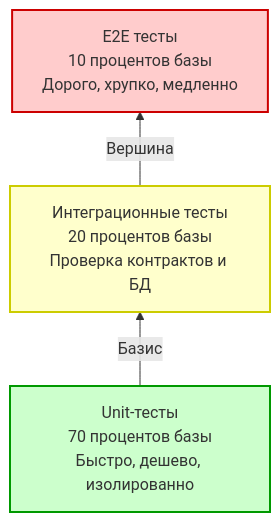
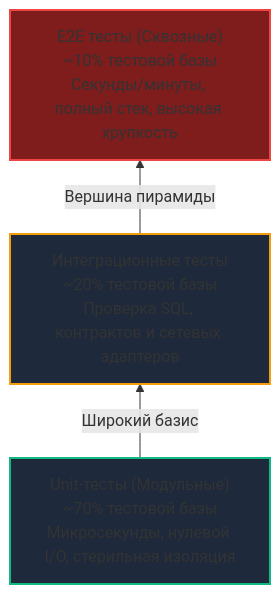
Before and after one commit to UnrealTemplier/go-textbook: the first of 3 diagrams in sources/15. Тестирование в Go (QA & Testing)/01. Фундамент/3. Пирамида тестирования.md, drawn with Mermaid. The commit also changed other lines of this file, not shown here.

````diff
--- a/sources/15. Тестирование в Go (QA & Testing)/01. Фундамент/3. Пирамида тестирования.md
+++ b/sources/15. Тестирование в Go (QA & Testing)/01. Фундамент/3. Пирамида тестирования.md
@@ -10,9 +17,9 @@
 ```mermaid
 flowchart BT
-    Unit["Unit-тесты<br>70 процентов базы<br>Быстро, дешево, изолированно"] -->|Базис| Integ["Интеграционные тесты<br>20 процентов базы<br>Проверка контрактов и БД"]
-    Integ -->|Вершина| E2E["E2E тесты<br>10 процентов базы<br>Дорого, хрупко, медленно"]
+    Unit["Unit-тесты (Модульные)<br>~70% тестовой базы<br>Микросекунды, нулевой I/O, стерильная изоляция"] -->|Широкий базис| Integ["Интеграционные тесты<br>~20% тестовой базы<br>Проверка SQL, контрактов и сетевых адаптеров"]
+    Integ -->|Вершина пирамиды| E2E["E2E тесты (Сквозные)<br>~10% тестовой базы<br>Секунды/минуты, полный стек, высокая хрупкость"]
     
-    style Unit fill:#ccffcc,stroke:#009900,stroke-width:2px
-    style Integ fill:#ffffcc,stroke:#cccc00,stroke-width:2px
-    style E2E fill:#ffcccc,stroke:#cc0000,stroke-width:2px
+    style Unit fill:#1e293b,stroke:#10b981,stroke-width:2px
+    style Integ fill:#1e293b,stroke:#f59e0b,stroke-width:2px
+    style E2E fill:#7f1d1d,stroke:#ef4444,stroke-width:2px
 ```
````
